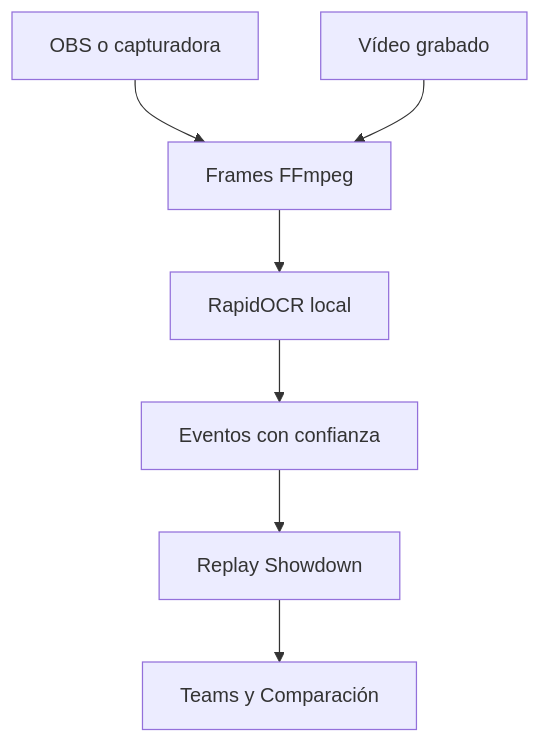
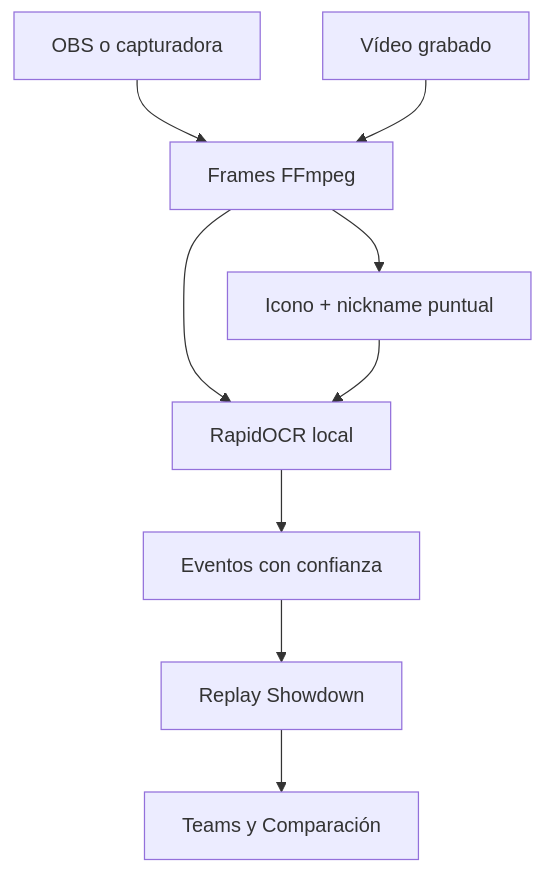
Before and after one commit to Iesyo/pkmn: the diagram in docs/champions-replay.md, drawn with Mermaid. The commit also changed other lines of this file and 9 other files, not shown here.

Commit message:
feat: recognize Champions HUD nickname icons

````diff
--- a/docs/champions-replay.md
+++ b/docs/champions-replay.md
@@ -11,9 +11,11 @@
 ```mermaid
 flowchart TD
     LIVE[OBS o capturadora] --> FRAMES[Frames FFmpeg]
     VIDEO[Vídeo grabado] --> FRAMES
     FRAMES --> OCR[RapidOCR local]
+    FRAMES --> HUD[Icono + nickname puntual]
+    HUD --> OCR
     OCR --> EVENTS[Eventos con confianza]
     EVENTS --> REPLAY[Replay Showdown]
     REPLAY --> STATS[Teams y Comparación]
 ```
````
